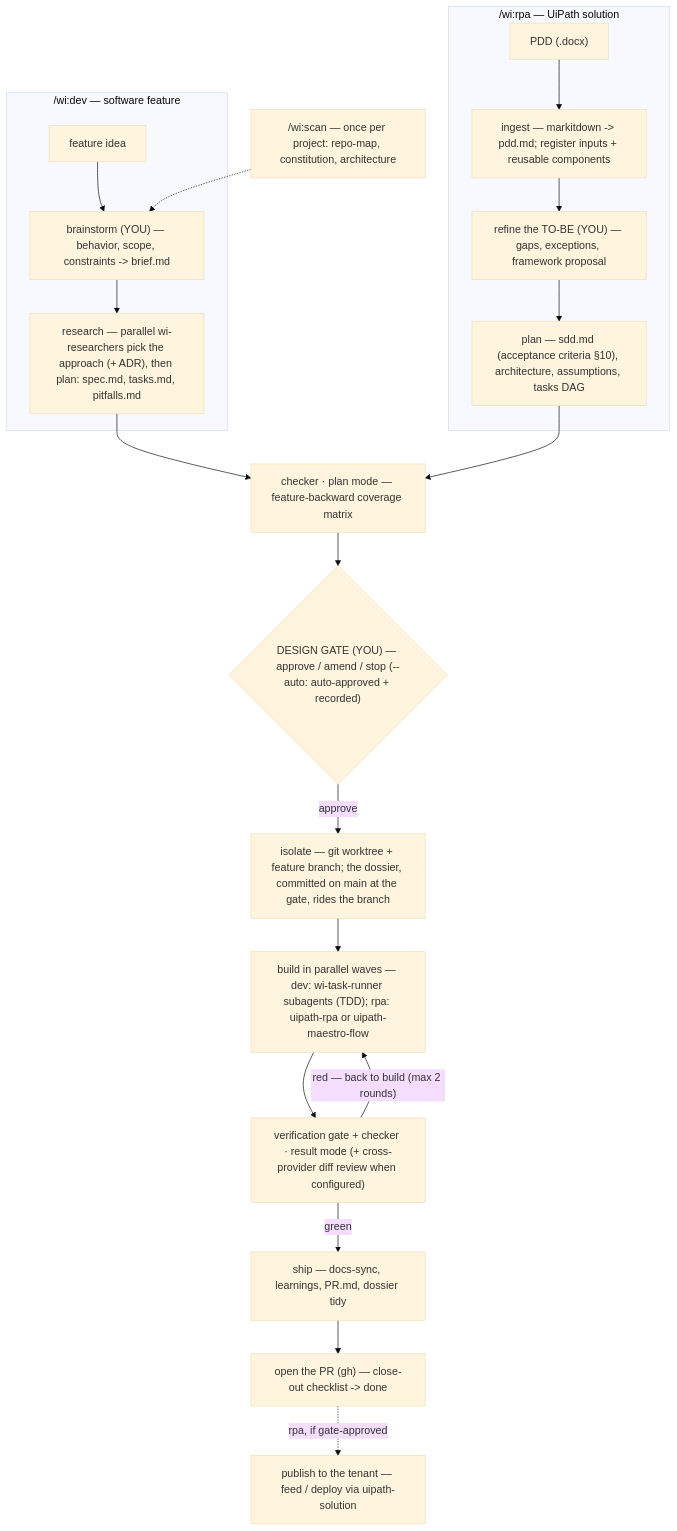
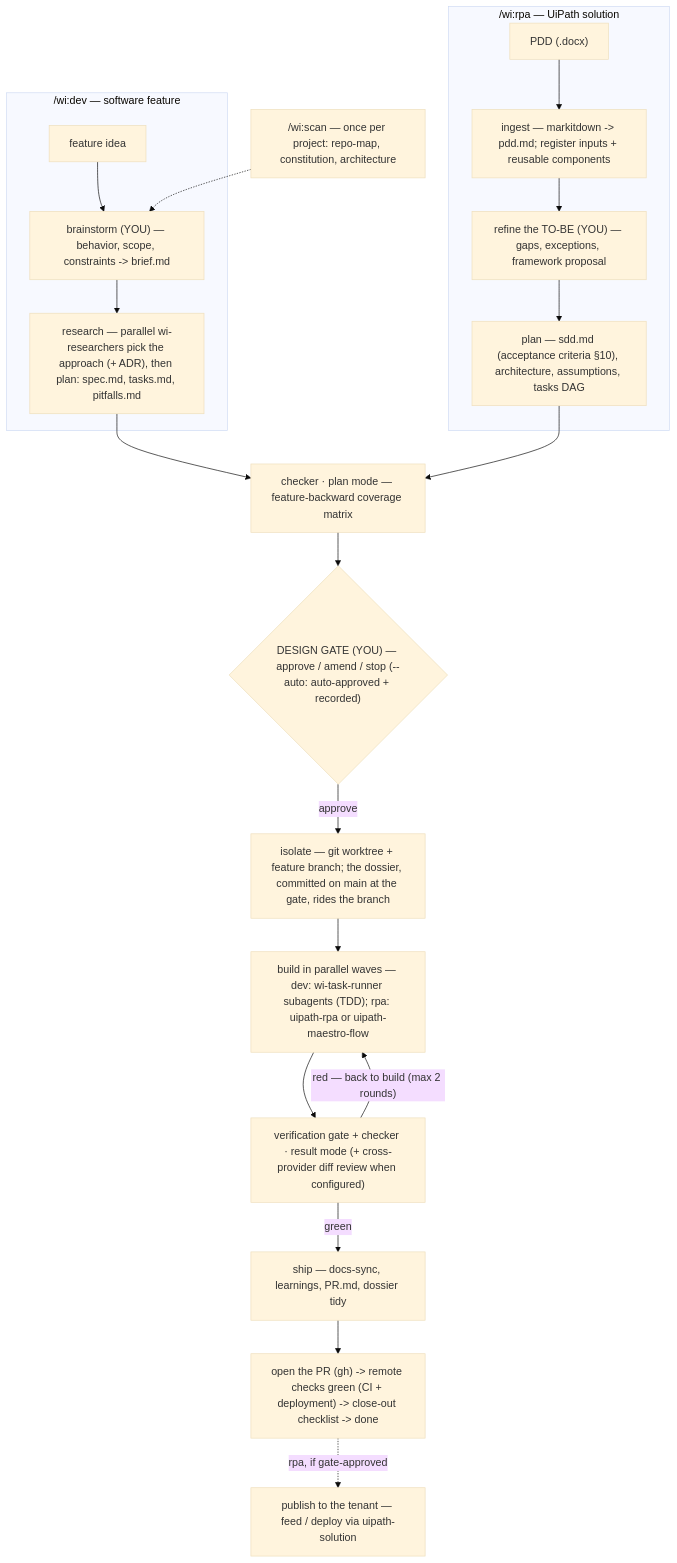
Before and after one commit to Wittenberger-Industries/wi-plugin: the diagram in README.md, drawn with Mermaid (base theme). The commit also changed other lines of this file and 11 other files, not shown here.

First line of the commit message:
fix: ship waits for the PR's remote checks before close-out (v1.5.0)

````diff
--- a/README.md
+++ b/README.md
@@ -82,26 +82,26 @@
 ```mermaid
 flowchart TD
   subgraph devlane["/wi:dev — software feature"]
     idea["feature idea"] --> brainstorm["brainstorm (YOU) — behavior, scope, constraints -> brief.md"]
     brainstorm --> planp["research — parallel wi-researchers pick the approach (+ ADR), then plan: spec.md, tasks.md, pitfalls.md"]
   end
 
   subgraph rpalane["/wi:rpa — UiPath solution"]
     pddin["PDD (.docx)"] --> ingest["ingest — markitdown -> pdd.md; register inputs + reusable components"]
     ingest --> tobe["refine the TO-BE (YOU) — gaps, exceptions, framework proposal"]
     tobe --> sddplan["plan — sdd.md (acceptance criteria §10), architecture, assumptions, tasks DAG"]
   end
 
   scan["/wi:scan — once per project: repo-map, constitution, architecture"] -.-> brainstorm
 
   planp --> precheck["checker · plan mode — feature-backward coverage matrix"]
   sddplan --> precheck
   precheck --> gate{"DESIGN GATE (YOU) — approve / amend / stop (--auto: auto-approved + recorded)"}
   gate -->|approve| isolate["isolate — git worktree + feature branch; the dossier, committed on main at the gate, rides the branch"]
   isolate --> build["build in parallel waves — dev: wi-task-runner subagents (TDD); rpa: uipath-rpa or uipath-maestro-flow"]
   build --> verify["verification gate + checker · result mode (+ cross-provider diff review when configured)"]
   verify -->|"red — back to build (max 2 rounds)"| build
   verify -->|green| ship["ship — docs-sync, learnings, PR.md, dossier tidy"]
-  ship --> pr["open the PR (gh) — close-out checklist -> done"]
+  ship --> pr["open the PR (gh) -> remote checks green (CI + deployment) -> close-out checklist -> done"]
   pr -.->|"rpa, if gate-approved"| publish["publish to the tenant — feed / deploy via uipath-solution"]
 ```
````
